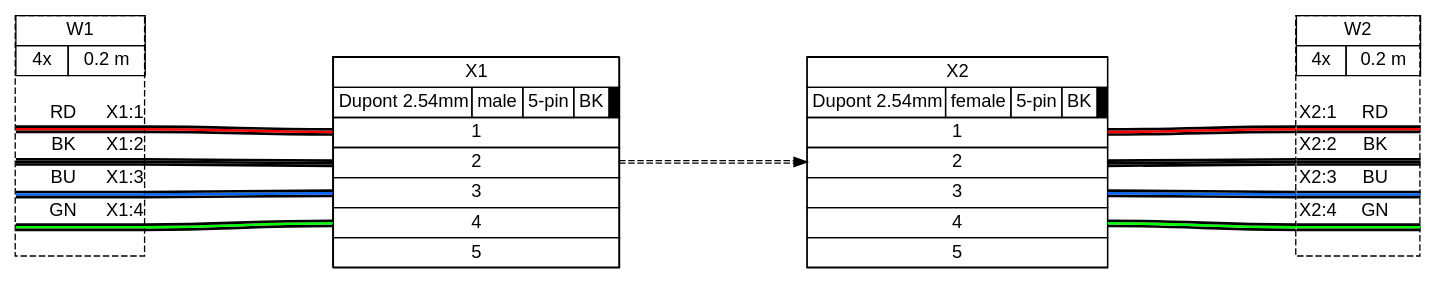
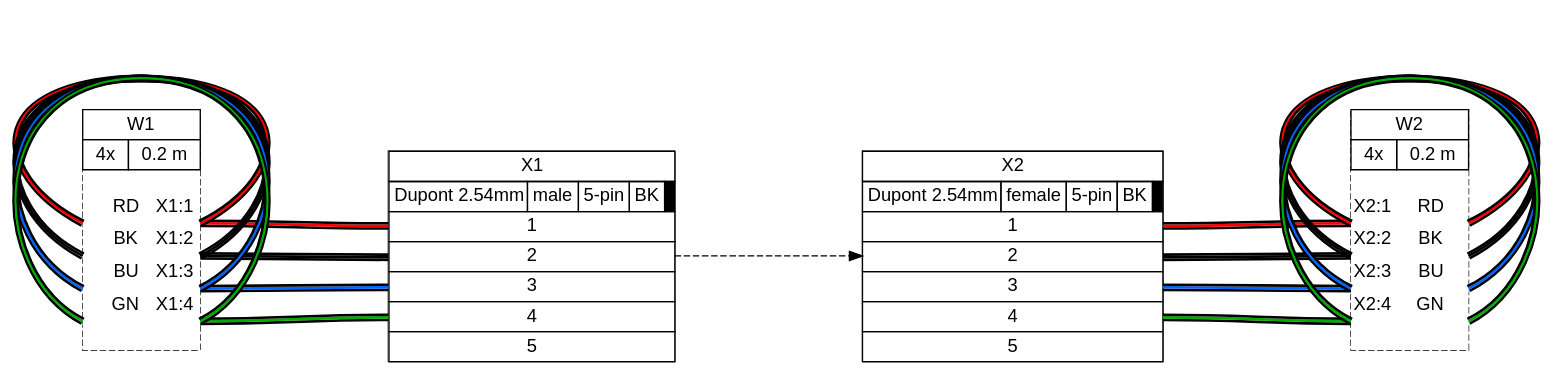
One commit to wireviz/WireViz changed the diagram in examples/ex12.gv. Above: the diagram before and after it, drawn with Graphviz. The commit also changed 172 other files, not shown here.

```diff
--- a/examples/ex12.gv
+++ b/examples/ex12.gv
@@ -1,269 +1,401 @@
 graph {
-// Graph generated by WireViz 0.4-dev
+// Graph generated by WireViz 0.4-dev251
 // https://github.com/formatc1702/WireViz
 	graph [bgcolor="#FFFFFF" fontname=arial nodesep=0.33 rankdir=LR ranksep=2]
 	node [fillcolor="#FFFFFF" fontname=arial height=0 margin=0 shape=none style=filled width=0]
 	edge [fontname=arial style=bold]
 	X1 [label=<
-<table border="0" cellspacing="0" cellpadding="0">
- <tr><td>
-  <table border="0" cellspacing="0" cellpadding="3" cellborder="1"><tr>
-   <td balign="left">X1</td>
-  </tr></table>
- </td></tr>
- <tr><td>
-  <table border="0" cellspacing="0" cellpadding="3" cellborder="1"><tr>
-   <td balign="left">Dupont 2.54mm</td>
-   <td balign="left">male</td>
-   <td balign="left">5-pin</td>
-   <td balign="left">BK</td>
-   <td balign="left" bgcolor="#000000" width="4"></td>
-  </tr></table>
- </td></tr>
- <tr><td>
-  <table border="0" cellspacing="0" cellpadding="3" cellborder="1">
-   <tr>
-    <td port="p1l">1</td>
-   </tr>
-   <tr>
-    <td port="p2l">2</td>
-   </tr>
-   <tr>
-    <td port="p3l">3</td>
-   </tr>
-   <tr>
-    <td port="p4l">4</td>
-   </tr>
-   <tr>
-    <td port="p5l">5</td>
-   </tr>
-  </table>
- </td></tr>
+<table border="0" cellspacing="0" cellpadding="0" bgcolor="#FFFFFF">
+ <tr>
+  <td>
+   <table border="0" cellborder="1" cellpadding="3" cellspacing="0">
+    <tr>
+     <td>X1</td>
+    </tr>
+   </table>
+  </td>
+ </tr>
+ <tr>
+  <td>
+   <table border="0" cellborder="1" cellpadding="3" cellspacing="0">
+    <tr>
+     <td>Dupont 2.54mm</td>
+     <td>male</td>
+     <td>5-pin</td>
+     <td>BK</td>
+     <td bgcolor="#000000" sides="TBLR"></td>
+    </tr>
+   </table>
+  </td>
+ </tr>
+ <tr>
+  <td>
+   <table border="0" cellborder="1" cellpadding="3" cellspacing="0">
+    <tr>
+     <td port="p1l">1</td>
+     
+     []
+    </tr>
+    <tr>
+     <td port="p2l">2</td>
+     
+     []
+    </tr>
+    <tr>
+     <td port="p3l">3</td>
+     
+     []
+    </tr>
+    <tr>
+     <td port="p4l">4</td>
+     
+     []
+    </tr>
+    <tr>
+     <td port="p5l">5</td>
+     
+     []
+    </tr>
+   </table>
+  </td>
+ </tr>
 </table>
-> fillcolor="#FFFFFF" shape=box style=filled]
+> shape=box style=filled]
 	X2 [label=<
-<table border="0" cellspacing="0" cellpadding="0">
- <tr><td>
-  <table border="0" cellspacing="0" cellpadding="3" cellborder="1"><tr>
-   <td balign="left">X2</td>
-  </tr></table>
- </td></tr>
- <tr><td>
-  <table border="0" cellspacing="0" cellpadding="3" cellborder="1"><tr>
-   <td balign="left">Dupont 2.54mm</td>
-   <td balign="left">female</td>
-   <td balign="left">5-pin</td>
-   <td balign="left">BK</td>
-   <td balign="left" bgcolor="#000000" width="4"></td>
-  </tr></table>
- </td></tr>
- <tr><td>
-  <table border="0" cellspacing="0" cellpadding="3" cellborder="1">
-   <tr>
-    <td port="p1r">1</td>
-   </tr>
-   <tr>
-    <td port="p2r">2</td>
-   </tr>
-   <tr>
-    <td port="p3r">3</td>
-   </tr>
-   <tr>
-    <td port="p4r">4</td>
-   </tr>
-   <tr>
-    <td port="p5r">5</td>
-   </tr>
-  </table>
- </td></tr>
+<table border="0" cellspacing="0" cellpadding="0" bgcolor="#FFFFFF">
+ <tr>
+  <td>
+   <table border="0" cellborder="1" cellpadding="3" cellspacing="0">
+    <tr>
+     <td>X2</td>
+    </tr>
+   </table>
+  </td>
+ </tr>
+ <tr>
+  <td>
+   <table border="0" cellborder="1" cellpadding="3" cellspacing="0">
+    <tr>
+     <td>Dupont 2.54mm</td>
+     <td>female</td>
+     <td>5-pin</td>
+     <td>BK</td>
+     <td bgcolor="#000000" sides="TBLR"></td>
+    </tr>
+   </table>
+  </td>
+ </tr>
+ <tr>
+  <td>
+   <table border="0" cellborder="1" cellpadding="3" cellspacing="0">
+    <tr>
+     
+     []
+     <td port="p1r">1</td>
+    </tr>
+    <tr>
+     
+     []
+     <td port="p2r">2</td>
+    </tr>
+    <tr>
+     
+     []
+     <td port="p3r">3</td>
+    </tr>
+    <tr>
+     
+     []
+     <td port="p4r">4</td>
+    </tr>
+    <tr>
+     
+     []
+     <td port="p5r">5</td>
+    </tr>
+   </table>
+  </td>
+ </tr>
 </table>
-> fillcolor="#FFFFFF" shape=box style=filled]
-	edge [color="#000000:#ff0000:#000000"]
+> shape=box style=filled]
+	W1 [label=<
+<table border="0" cellspacing="0" cellpadding="0" bgcolor="#FFFFFF">
+ <tr>
+  <td>
+   <table border="0" cellborder="1" cellpadding="3" cellspacing="0">
+    <tr>
+     <td>W1</td>
+    </tr>
+   </table>
+  </td>
+ </tr>
+ <tr>
+  <td>
+   <table border="0" cellborder="1" cellpadding="3" cellspacing="0">
+    <tr>
+     <td>4x</td>
+     <td>0.2 m</td>
+    </tr>
+   </table>
+  </td>
+ </tr>
+ <tr>
+  <td>
+   <table border="0" cellborder="0" cellspacing="0">
+    <tr>
+     <td>&nbsp;</td>
+    </tr>
+    <tr>
+     <td align="left"> </td>
+     <td> </td>
+     <td></td>
+     <td>RD</td>
+     <td> </td>
+     <td align="right">X1:1 </td>
+    </tr>
+    <tr>
+     <td border="0" cellspacing="0" cellpadding="0" colspan="6" height="6" port="w1">
+      <table border="0" cellborder="0" cellspacing="0">
+       <tr>
+        <td bgcolor="#FFFFFF" border="0" cellpadding="0" colspan="6" height="2"></td>
+       </tr>
+       <tr>
+        <td bgcolor="#FFFFFF" border="0" cellpadding="0" colspan="6" height="2"></td>
+       </tr>
+       <tr>
+        <td bgcolor="#FFFFFF" border="0" cellpadding="0" colspan="6" height="2"></td>
+       </tr>
+      </table>
+     </td>
+    </tr>
+    <tr>
+     <td align="left"> </td>
+     <td> </td>
+     <td></td>
+     <td>BK</td>
+     <td> </td>
+     <td align="right">X1:2 </td>
+    </tr>
+    <tr>
+     <td border="0" cellspacing="0" cellpadding="0" colspan="6" height="6" port="w2">
+      <table border="0" cellborder="0" cellspacing="0">
+       <tr>
+        <td bgcolor="#FFFFFF" border="0" cellpadding="0" colspan="6" height="2"></td>
+       </tr>
+       <tr>
+        <td bgcolor="#FFFFFF" border="0" cellpadding="0" colspan="6" height="2"></td>
+       </tr>
+       <tr>
+        <td bgcolor="#FFFFFF" border="0" cellpadding="0" colspan="6" height="2"></td>
+       </tr>
+      </table>
+     </td>
+    </tr>
+    <tr>
+     <td align="left"> </td>
+     <td> </td>
+     <td></td>
+     <td>BU</td>
+     <td> </td>
+     <td align="right">X1:3 </td>
+    </tr>
+    <tr>
+     <td border="0" cellspacing="0" cellpadding="0" colspan="6" height="6" port="w3">
+      <table border="0" cellborder="0" cellspacing="0">
+       <tr>
+        <td bgcolor="#FFFFFF" border="0" cellpadding="0" colspan="6" height="2"></td>
+       </tr>
+       <tr>
+        <td bgcolor="#FFFFFF" border="0" cellpadding="0" colspan="6" height="2"></td>
+       </tr>
+       <tr>
+        <td bgcolor="#FFFFFF" border="0" cellpadding="0" colspan="6" height="2"></td>
+       </tr>
+      </table>
+     </td>
+    </tr>
+    <tr>
+     <td align="left"> </td>
+     <td> </td>
+     <td></td>
+     <td>GN</td>
+     <td> </td>
+     <td align="right">X1:4 </td>
+    </tr>
+    <tr>
+     <td border="0" cellspacing="0" cellpadding="0" colspan="6" height="6" port="w4">
+      <table border="0" cellborder="0" cellspacing="0">
+       <tr>
+        <td bgcolor="#FFFFFF" border="0" cellpadding="0" colspan="6" height="2"></td>
+       </tr>
+       <tr>
+        <td bgcolor="#FFFFFF" border="0" cellpadding="0" colspan="6" height="2"></td>
+       </tr>
+       <tr>
+        <td bgcolor="#FFFFFF" border="0" cellpadding="0" colspan="6" height="2"></td>
+       </tr>
+      </table>
+     </td>
+    </tr>
+    <tr>
+     <td>&nbsp;</td>
+    </tr>
+   </table>
+  </td>
+ </tr>
+</table>
+> shape=box style="filled,dashed"]
+	edge [color="#000000:#FF0000:#000000"]
 	W1:w1:e -- X1:p1l:w
 	edge [color="#000000:#000000:#000000"]
 	W1:w2:e -- X1:p2l:w
-	edge [color="#000000:#0066ff:#000000"]
+	edge [color="#000000:#0066FF:#000000"]
 	W1:w3:e -- X1:p3l:w
-	edge [color="#000000:#00ff00:#000000"]
+	edge [color="#000000:#00AA00:#000000"]
 	W1:w4:e -- X1:p4l:w
-	W1 [label=<
-<table border="0" cellspacing="0" cellpadding="0">
- <tr><td>
-  <table border="0" cellspacing="0" cellpadding="3" cellborder="1"><tr>
-   <td balign="left">W1</td>
-  </tr></table>
- </td></tr>
- <tr><td>
-  <table border="0" cellspacing="0" cellpadding="3" cellborder="1"><tr>
-   <td balign="left">4x</td>
-   <td balign="left">0.2 m</td>
-  </tr></table>
- </td></tr>
- <tr><td>
-  <table border="0" cellspacing="0" cellborder="0">
-   <tr><td>&nbsp;</td></tr>
-   <tr>
-    <td><!-- 1_in --></td>
-    <td>
-     RD
-    </td>
-    <td>X1:1</td>
-   </tr>
-   <tr>
-    <td colspan="3" border="0" cellspacing="0" cellpadding="0" port="w1" height="6">
-     <table cellspacing="0" cellborder="0" border="0">
-      <tr><td colspan="3" cellpadding="0" height="2" bgcolor="#000000" border="0"></td></tr>
-      <tr><td colspan="3" cellpadding="0" height="2" bgcolor="#ff0000" border="0"></td></tr>
-      <tr><td colspan="3" cellpadding="0" height="2" bgcolor="#000000" border="0"></td></tr>
-     </table>
-    </td>
-   </tr>
-   <tr>
-    <td><!-- 2_in --></td>
-    <td>
-     BK
-    </td>
-    <td>X1:2</td>
-   </tr>
-   <tr>
-    <td colspan="3" border="0" cellspacing="0" cellpadding="0" port="w2" height="6">
-     <table cellspacing="0" cellborder="0" border="0">
-      <tr><td colspan="3" cellpadding="0" height="2" bgcolor="#000000" border="0"></td></tr>
-      <tr><td colspan="3" cellpadding="0" height="2" bgcolor="#000000" border="0"></td></tr>
-      <tr><td colspan="3" cellpadding="0" height="2" bgcolor="#000000" border="0"></td></tr>
-     </table>
-    </td>
-   </tr>
-   <tr>
-    <td><!-- 3_in --></td>
-    <td>
-     BU
-    </td>
-    <td>X1:3</td>
-   </tr>
-   <tr>
-    <td colspan="3" border="0" cellspacing="0" cellpadding="0" port="w3" height="6">
-     <table cellspacing="0" cellborder="0" border="0">
-      <tr><td colspan="3" cellpadding="0" height="2" bgcolor="#000000" border="0"></td></tr>
-      <tr><td colspan="3" cellpadding="0" height="2" bgcolor="#0066ff" border="0"></td></tr>
-      <tr><td colspan="3" cellpadding="0" height="2" bgcolor="#000000" border="0"></td></tr>
-     </table>
-    </td>
-   </tr>
-   <tr>
-    <td><!-- 4_in --></td>
-    <td>
-     GN
-    </td>
-    <td>X1:4</td>
-   </tr>
-   <tr>
-    <td colspan="3" border="0" cellspacing="0" cellpadding="0" port="w4" height="6">
-     <table cellspacing="0" cellborder="0" border="0">
-      <tr><td colspan="3" cellpadding="0" height="2" bgcolor="#000000" border="0"></td></tr>
-      <tr><td colspan="3" cellpadding="0" height="2" bgcolor="#00ff00" border="0"></td></tr>
-      <tr><td colspan="3" cellpadding="0" height="2" bgcolor="#000000" border="0"></td></tr>
-     </table>
-    </td>
-   </tr>
-   <tr><td>&nbsp;</td></tr>
-  </table>
- </td></tr>
+	W1:w1:e -- W1:w1:w [color="#000000:#FF0000:#000000" straight=straight]
+	W1:w2:e -- W1:w2:w [color="#000000:#000000:#000000" straight=straight]
+	W1:w3:e -- W1:w3:w [color="#000000:#0066FF:#000000" straight=straight]
+	W1:w4:e -- W1:w4:w [color="#000000:#00AA00:#000000" straight=straight]
+	W2 [label=<
+<table border="0" cellspacing="0" cellpadding="0" bgcolor="#FFFFFF">
+ <tr>
+  <td>
+   <table border="0" cellborder="1" cellpadding="3" cellspacing="0">
+    <tr>
+     <td>W2</td>
+    </tr>
+   </table>
+  </td>
+ </tr>
+ <tr>
+  <td>
+   <table border="0" cellborder="1" cellpadding="3" cellspacing="0">
+    <tr>
+     <td>4x</td>
+     <td>0.2 m</td>
+    </tr>
+   </table>
+  </td>
+ </tr>
+ <tr>
+  <td>
+   <table border="0" cellborder="0" cellspacing="0">
+    <tr>
+     <td>&nbsp;</td>
+    </tr>
+    <tr>
+     <td align="left"> X2:1</td>
+     <td> </td>
+     <td></td>
+     <td>RD</td>
+     <td> </td>
+     <td align="right"> </td>
+    </tr>
+    <tr>
+     <td border="0" cellspacing="0" cellpadding="0" colspan="6" height="6" port="w1">
+      <table border="0" cellborder="0" cellspacing="0">
+       <tr>
+        <td bgcolor="#FFFFFF" border="0" cellpadding="0" colspan="6" height="2"></td>
+       </tr>
+       <tr>
+        <td bgcolor="#FFFFFF" border="0" cellpadding="0" colspan="6" height="2"></td>
+       </tr>
+       <tr>
+        <td bgcolor="#FFFFFF" border="0" cellpadding="0" colspan="6" height="2"></td>
+       </tr>
+      </table>
+     </td>
+    </tr>
+    <tr>
+     <td align="left"> X2:2</td>
+     <td> </td>
+     <td></td>
+     <td>BK</td>
+     <td> </td>
+     <td align="right"> </td>
+    </tr>
+    <tr>
+     <td border="0" cellspacing="0" cellpadding="0" colspan="6" height="6" port="w2">
+      <table border="0" cellborder="0" cellspacing="0">
+       <tr>
+        <td bgcolor="#FFFFFF" border="0" cellpadding="0" colspan="6" height="2"></td>
+       </tr>
+       <tr>
+        <td bgcolor="#FFFFFF" border="0" cellpadding="0" colspan="6" height="2"></td>
+       </tr>
+       <tr>
+        <td bgcolor="#FFFFFF" border="0" cellpadding="0" colspan="6" height="2"></td>
+       </tr>
+      </table>
+     </td>
+    </tr>
+    <tr>
+     <td align="left"> X2:3</td>
+     <td> </td>
+     <td></td>
+     <td>BU</td>
+     <td> </td>
+     <td align="right"> </td>
+    </tr>
+    <tr>
+     <td border="0" cellspacing="0" cellpadding="0" colspan="6" height="6" port="w3">
+      <table border="0" cellborder="0" cellspacing="0">
+       <tr>
+        <td bgcolor="#FFFFFF" border="0" cellpadding="0" colspan="6" height="2"></td>
+       </tr>
+       <tr>
+        <td bgcolor="#FFFFFF" border="0" cellpadding="0" colspan="6" height="2"></td>
+       </tr>
+       <tr>
+        <td bgcolor="#FFFFFF" border="0" cellpadding="0" colspan="6" height="2"></td>
+       </tr>
+      </table>
+     </td>
+    </tr>
+    <tr>
+     <td align="left"> X2:4</td>
+     <td> </td>
+     <td></td>
+     <td>GN</td>
+     <td> </td>
+     <td align="right"> </td>
+    </tr>
+    <tr>
+     <td border="0" cellspacing="0" cellpadding="0" colspan="6" height="6" port="w4">
+      <table border="0" cellborder="0" cellspacing="0">
+       <tr>
+        <td bgcolor="#FFFFFF" border="0" cellpadding="0" colspan="6" height="2"></td>
+       </tr>
+       <tr>
+        <td bgcolor="#FFFFFF" border="0" cellpadding="0" colspan="6" height="2"></td>
+       </tr>
+       <tr>
+        <td bgcolor="#FFFFFF" border="0" cellpadding="0" colspan="6" height="2"></td>
+       </tr>
+      </table>
+     </td>
+    </tr>
+    <tr>
+     <td>&nbsp;</td>
+    </tr>
+   </table>
+  </td>
+ </tr>
 </table>
-> fillcolor="#FFFFFF" shape=box style="filled,dashed"]
-	edge [color="#000000:#ff0000:#000000"]
+> shape=box style="filled,dashed"]
+	edge [color="#000000:#FF0000:#000000"]
 	X2:p1r:e -- W2:w1:w
 	edge [color="#000000:#000000:#000000"]
 	X2:p2r:e -- W2:w2:w
-	edge [color="#000000:#0066ff:#000000"]
+	edge [color="#000000:#0066FF:#000000"]
 	X2:p3r:e -- W2:w3:w
-	edge [color="#000000:#00ff00:#000000"]
+	edge [color="#000000:#00AA00:#000000"]
 	X2:p4r:e -- W2:w4:w
-	W2 [label=<
-<table border="0" cellspacing="0" cellpadding="0">
- <tr><td>
-  <table border="0" cellspacing="0" cellpadding="3" cellborder="1"><tr>
-   <td balign="left">W2</td>
-  </tr></table>
- </td></tr>
- <tr><td>
-  <table border="0" cellspacing="0" cellpadding="3" cellborder="1"><tr>
-   <td balign="left">4x</td>
-   <td balign="left">0.2 m</td>
-  </tr></table>
- </td></tr>
- <tr><td>
-  <table border="0" cellspacing="0" cellborder="0">
-   <tr><td>&nbsp;</td></tr>
-   <tr>
-    <td>X2:1</td>
-    <td>
-     RD
-    </td>
-    <td><!-- 1_out --></td>
-   </tr>
-   <tr>
-    <td colspan="3" border="0" cellspacing="0" cellpadding="0" port="w1" height="6">
-     <table cellspacing="0" cellborder="0" border="0">
-      <tr><td colspan="3" cellpadding="0" height="2" bgcolor="#000000" border="0"></td></tr>
-      <tr><td colspan="3" cellpadding="0" height="2" bgcolor="#ff0000" border="0"></td></tr>
-      <tr><td colspan="3" cellpadding="0" height="2" bgcolor="#000000" border="0"></td></tr>
-     </table>
-    </td>
-   </tr>
-   <tr>
-    <td>X2:2</td>
-    <td>
-     BK
-    </td>
-    <td><!-- 2_out --></td>
-   </tr>
-   <tr>
-    <td colspan="3" border="0" cellspacing="0" cellpadding="0" port="w2" height="6">
-     <table cellspacing="0" cellborder="0" border="0">
-      <tr><td colspan="3" cellpadding="0" height="2" bgcolor="#000000" border="0"></td></tr>
-      <tr><td colspan="3" cellpadding="0" height="2" bgcolor="#000000" border="0"></td></tr>
-      <tr><td colspan="3" cellpadding="0" height="2" bgcolor="#000000" border="0"></td></tr>
-     </table>
-    </td>
-   </tr>
-   <tr>
-    <td>X2:3</td>
-    <td>
-     BU
-    </td>
-    <td><!-- 3_out --></td>
-   </tr>
-   <tr>
-    <td colspan="3" border="0" cellspacing="0" cellpadding="0" port="w3" height="6">
-     <table cellspacing="0" cellborder="0" border="0">
-      <tr><td colspan="3" cellpadding="0" height="2" bgcolor="#000000" border="0"></td></tr>
-      <tr><td colspan="3" cellpadding="0" height="2" bgcolor="#0066ff" border="0"></td></tr>
-      <tr><td colspan="3" cellpadding="0" height="2" bgcolor="#000000" border="0"></td></tr>
-     </table>
-    </td>
-   </tr>
-   <tr>
-    <td>X2:4</td>
-    <td>
-     GN
-    </td>
-    <td><!-- 4_out --></td>
-   </tr>
-   <tr>
-    <td colspan="3" border="0" cellspacing="0" cellpadding="0" port="w4" height="6">
-     <table cellspacing="0" cellborder="0" border="0">
-      <tr><td colspan="3" cellpadding="0" height="2" bgcolor="#000000" border="0"></td></tr>
-      <tr><td colspan="3" cellpadding="0" height="2" bgcolor="#00ff00" border="0"></td></tr>
-      <tr><td colspan="3" cellpadding="0" height="2" bgcolor="#000000" border="0"></td></tr>
-     </table>
-    </td>
-   </tr>
-   <tr><td>&nbsp;</td></tr>
-  </table>
- </td></tr>
-</table>
-> fillcolor="#FFFFFF" shape=box style="filled,dashed"]
-	edge [color="#000000:#000000" dir=forward style=dashed]
+	W2:w1:e -- W2:w1:w [color="#000000:#FF0000:#000000" straight=straight]
+	W2:w2:e -- W2:w2:w [color="#000000:#000000:#000000" straight=straight]
+	W2:w3:e -- W2:w3:w [color="#000000:#0066FF:#000000" straight=straight]
+	W2:w4:e -- W2:w4:w [color="#000000:#00AA00:#000000" straight=straight]
+	edge [color="#000000" dir=forward style=dashed]
 	X1:e -- X2:w
 }
```
